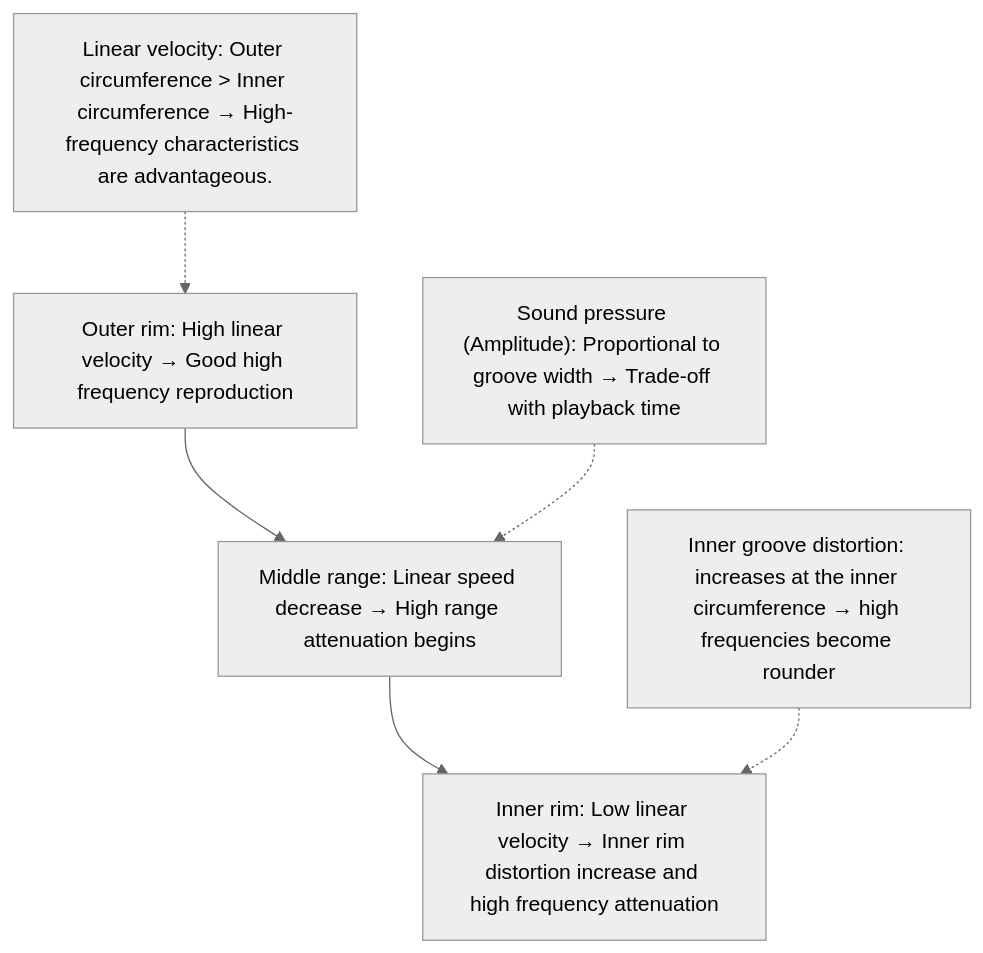
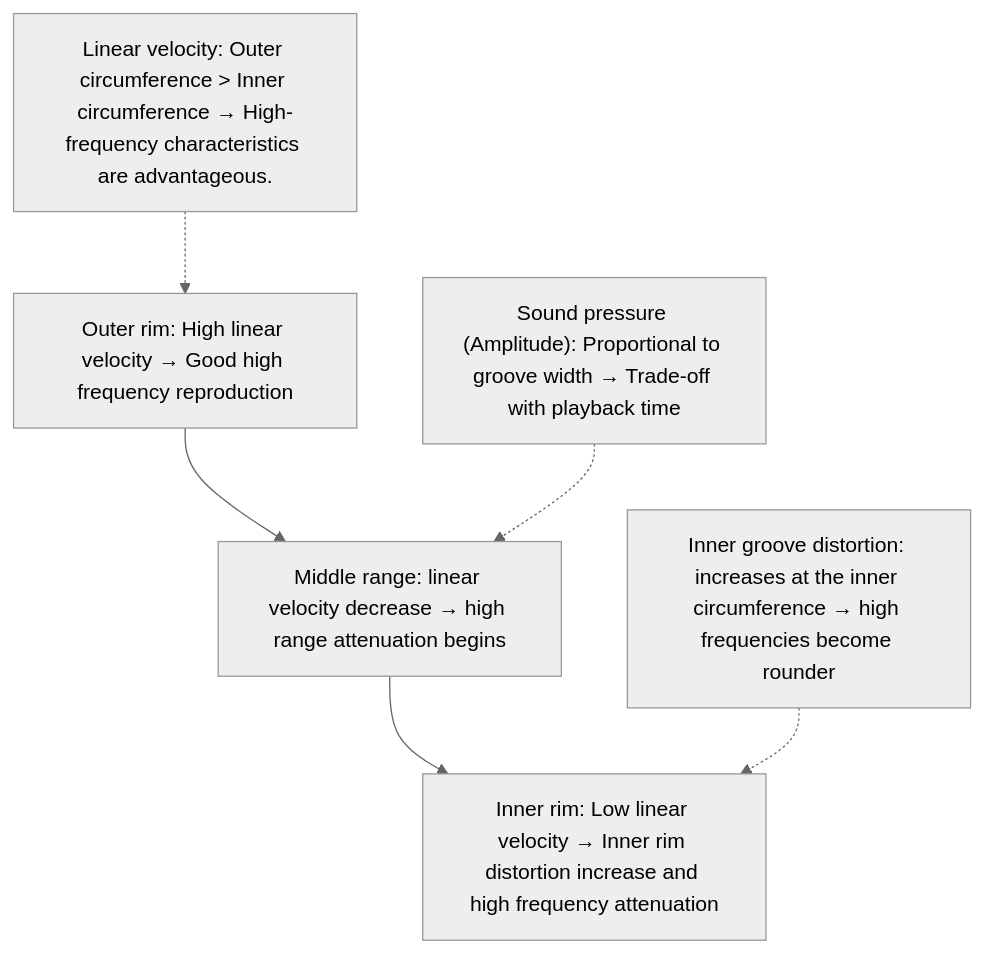
Before and after one commit to monumental-movement/monumental-movement.github.io: the third of 3 diagrams in en/_posts/2025-10-11-Colum-10-Inch-Vinyl-Tech.md, drawn with Mermaid (neutral theme). The commit also changed other lines of this file and 528 other files, not shown here.

```diff
--- a/en/_posts/2025-10-11-Colum-10-Inch-Vinyl-Tech.md
+++ b/en/_posts/2025-10-11-Colum-10-Inch-Vinyl-Tech.md
@@ -216,19 +216,19 @@
 <div class="mermaid">
 
 flowchart TD
     O["Outer rim: High linear velocity → Good high frequency reproduction"]
-    M["Middle range: Linear speed decrease → High range attenuation begins"]
+    M["Middle range: linear velocity decrease → high range attenuation begins"]
     I["Inner rim: Low linear velocity → Inner rim distortion increase and high frequency attenuation"]
 
     O --> M --> I
 
     %% Add annotation with node
     A["Linear velocity: Outer circumference > Inner circumference → High-frequency characteristics are advantageous."]
     B["Inner groove distortion: increases at the inner circumference → high frequencies become rounder"]
     C["Sound pressure (Amplitude): Proportional to groove width → Trade-off with playback time"]
 
     A -.-> O
     B -.-> I
     C -.-> M
 
 </div>
```
